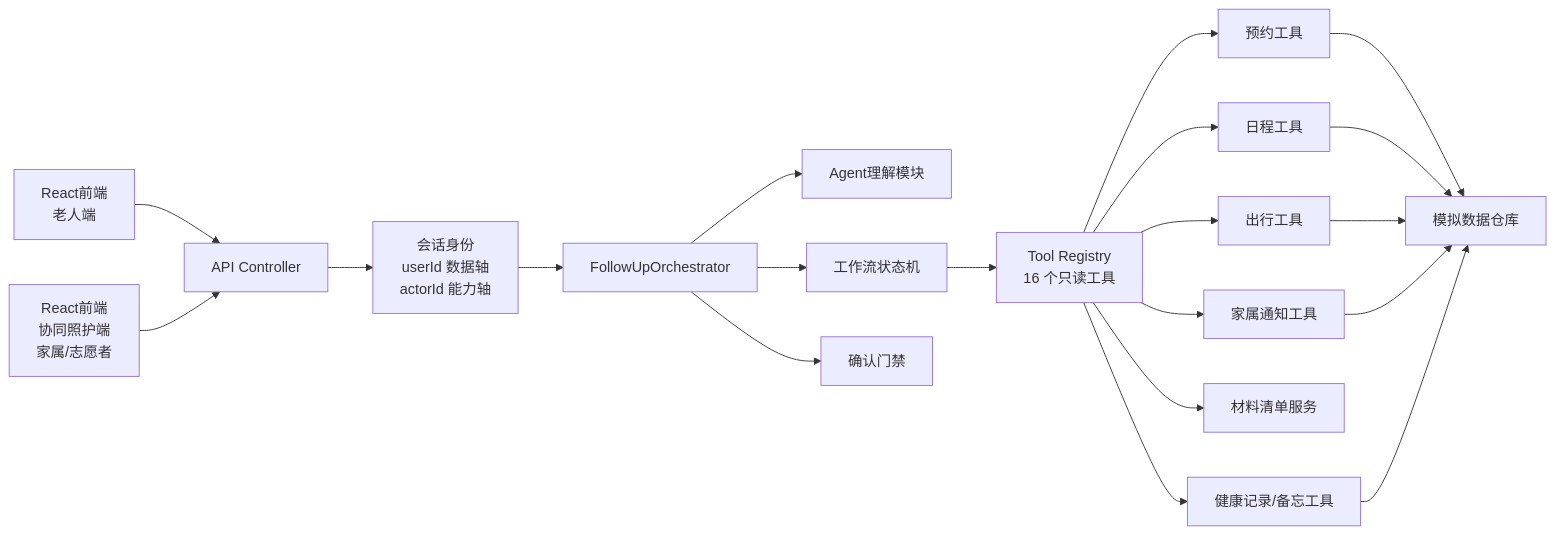
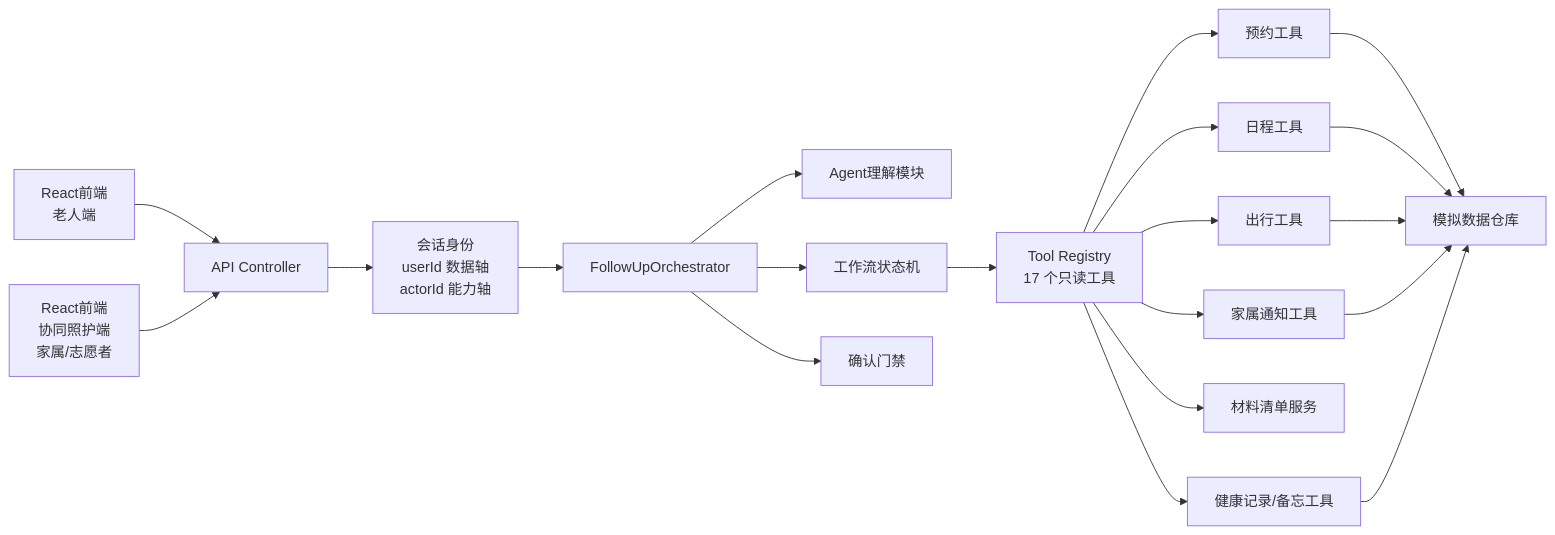
Before and after one commit to zhaoqingqing666/silver-followup-agent: the diagram in docs/04-architecture-and-modules.md, drawn with Mermaid. The commit also changed other lines of this file and 87 other files, not shown here.

````diff
--- a/docs/04-architecture-and-modules.md
+++ b/docs/04-architecture-and-modules.md
@@ -11,22 +11,22 @@
 ```mermaid
 flowchart LR
     UI[React前端<br/>老人端] --> CTL[API Controller]
     CARE[React前端<br/>协同照护端<br/>家属/志愿者] --> CTL
     CTL --> IDN[会话身份<br/>userId 数据轴<br/>actorId 能力轴]
     IDN --> ORC[FollowUpOrchestrator]
     ORC --> AG[Agent理解模块]
     ORC --> WF[工作流状态机]
     ORC --> CG[确认门禁]
-    WF --> TR[Tool Registry<br/>16 个只读工具]
+    WF --> TR[Tool Registry<br/>17 个只读工具]
     TR --> AP[预约工具]
     TR --> SC[日程工具]
     TR --> TV[出行工具]
     TR --> FN[家属通知工具]
     TR --> MT[材料清单服务]
     TR --> HR[健康记录/备忘工具]
     AP --> MD[模拟数据仓库]
     SC --> MD
     TV --> MD
     FN --> MD
     HR --> MD
 ```
````
